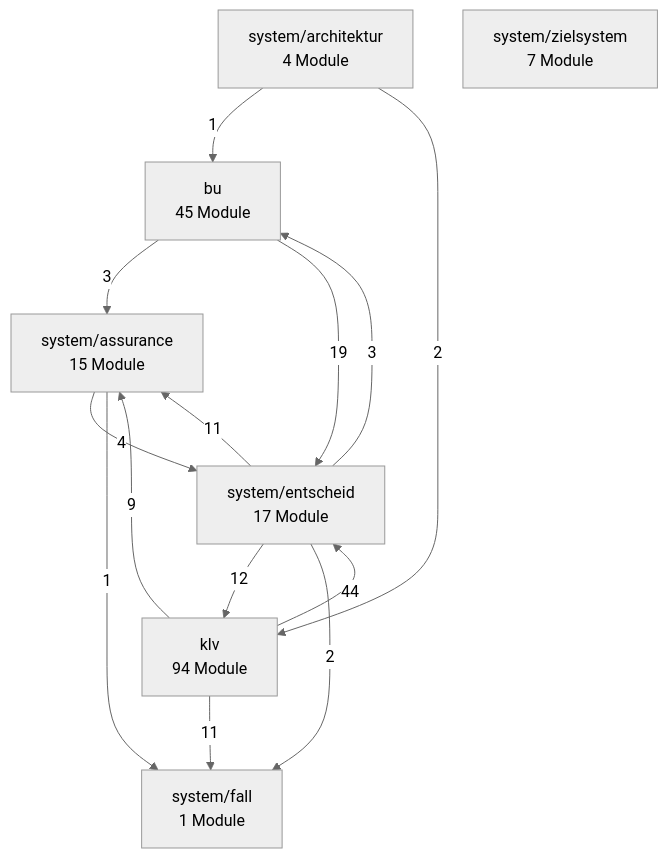
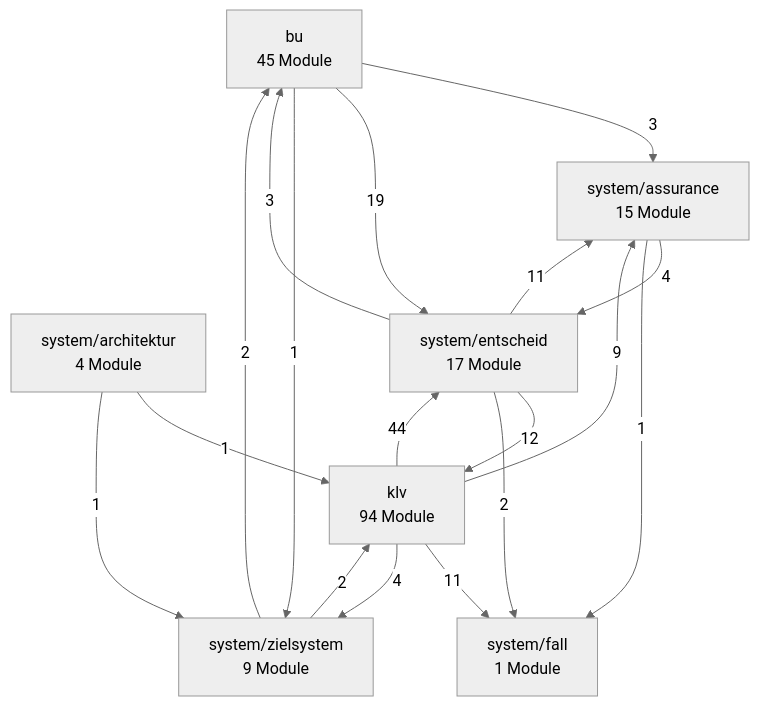
The second of 3 diagrams in docs/architektur/landkarte.md (bartlmac/rechner-pipeline), drawn with Mermaid (neutral theme) before and after one commit. The commit also changed other lines of this file and 20 other files, not shown here.

````diff
--- a/docs/architektur/landkarte.md
+++ b/docs/architektur/landkarte.md
@@ -83,24 +86,28 @@
 ```mermaid
 %% Fachknoten — erzeugt von ontologie.landkarte
 flowchart TD
     bu["bu<br/>45 Module"]
     klv["klv<br/>94 Module"]
     system_architektur["system/architektur<br/>4 Module"]
     system_assurance["system/assurance<br/>15 Module"]
     system_entscheid["system/entscheid<br/>17 Module"]
     system_fall["system/fall<br/>1 Module"]
-    system_zielsystem["system/zielsystem<br/>7 Module"]
+    system_zielsystem["system/zielsystem<br/>9 Module"]
     bu -- 3 --> system_assurance
     bu -- 19 --> system_entscheid
+    bu -- 1 --> system_zielsystem
     klv -- 9 --> system_assurance
     klv -- 44 --> system_entscheid
     klv -- 11 --> system_fall
-    system_architektur -- 1 --> bu
-    system_architektur -- 2 --> klv
+    klv -- 4 --> system_zielsystem
+    system_architektur -- 1 --> klv
+    system_architektur -- 1 --> system_zielsystem
     system_assurance -- 4 --> system_entscheid
     system_assurance -- 1 --> system_fall
     system_entscheid -- 3 --> bu
     system_entscheid -- 12 --> klv
     system_entscheid -- 11 --> system_assurance
     system_entscheid -- 2 --> system_fall
+    system_zielsystem -- 2 --> bu
+    system_zielsystem -- 2 --> klv
 ```
````
